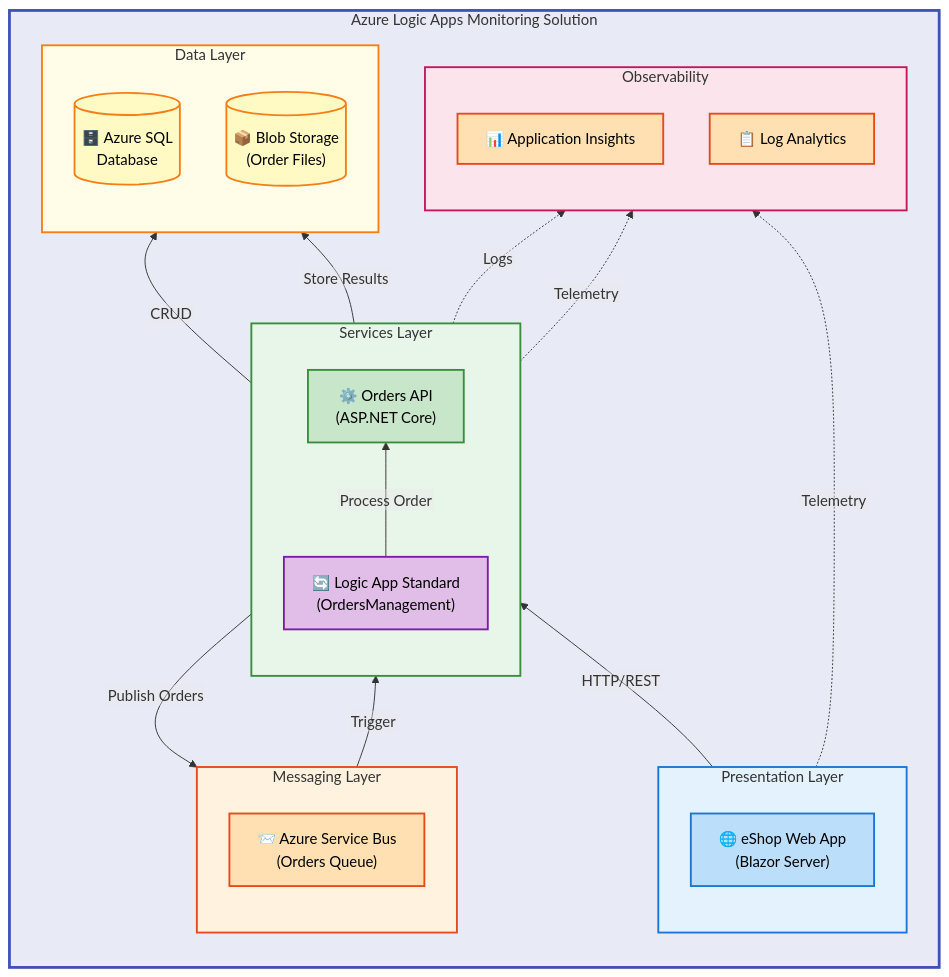
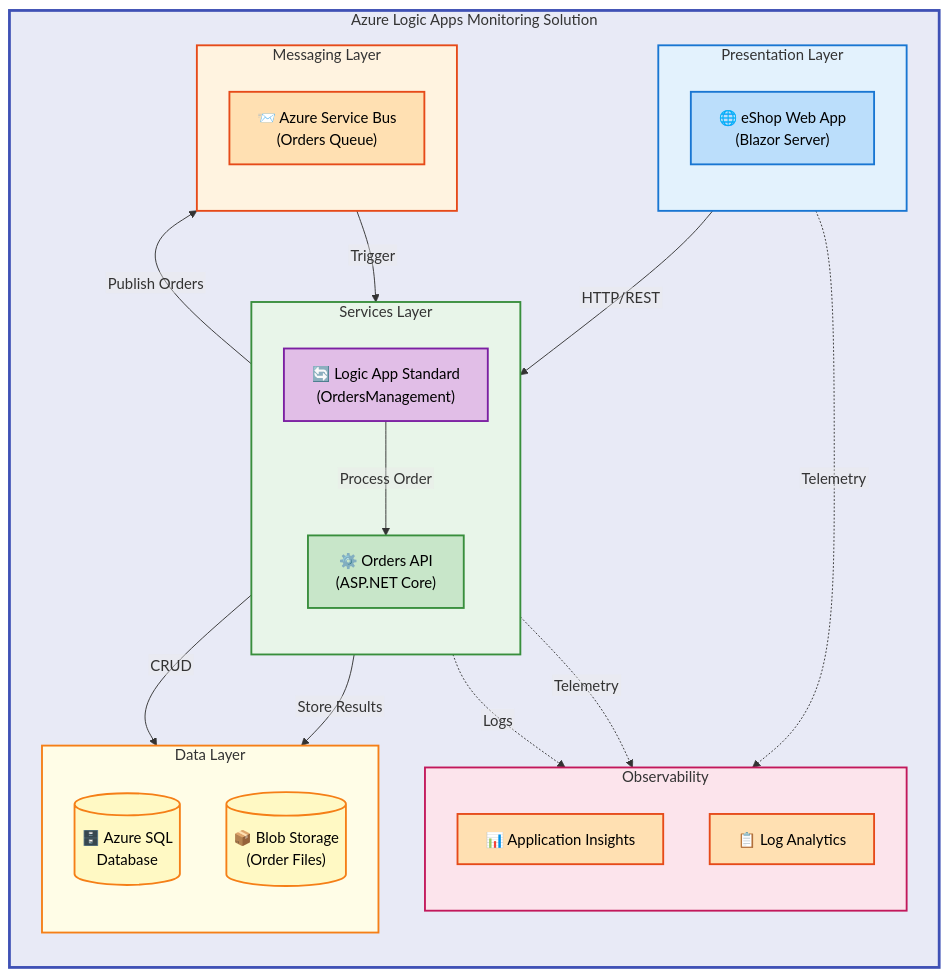
One commit to Evilazaro/Azure-LogicApps-Monitoring changed the diagram in README.md. Above: the diagram before and after it, drawn with Mermaid.

Commit message:
Refactor README.md: change flowchart direction from bottom-top to top-bottom for consistency

````diff
--- a/README.md
+++ b/README.md
@@ -38,58 +38,62 @@
 ```mermaid
 %%{init: {"flowchart": {"htmlLabels": false}} }%%
 flowchart TD
     classDef mdBlue fill:#BBDEFB,stroke:#1976D2,stroke-width:2px,color:#000
     classDef mdGreen fill:#C8E6C9,stroke:#388E3C,stroke-width:2px,color:#000
     classDef mdOrange fill:#FFE0B2,stroke:#E64A19,stroke-width:2px,color:#000
     classDef mdPurple fill:#E1BEE7,stroke:#7B1FA2,stroke-width:2px,color:#000
     classDef mdYellow fill:#FFF9C4,stroke:#F57F17,stroke-width:2px,color:#000
 
     subgraph system["Azure Logic Apps Monitoring Solution"]
-        direction BT
+        direction TB
         subgraph presentation["Presentation Layer"]
-            direction BT
+            direction TB
             webApp["🌐 eShop Web App<br/>(Blazor Server)"]:::mdBlue
+            direction TB
         end
 
         subgraph services["Services Layer"]
-            direction BT
+            direction TB
             ordersApi["⚙️ Orders API<br/>(ASP.NET Core)"]:::mdGreen
+            direction TB
             logicApp["🔄 Logic App Standard<br/>(OrdersManagement)"]:::mdPurple
         end
 
         subgraph messaging["Messaging Layer"]
-            direction BT
+            direction TB
             serviceBus["📨 Azure Service Bus<br/>(Orders Queue)"]:::mdOrange
         end
 
         subgraph data["Data Layer"]
-            direction BT
+            direction TB
             sqlDb[("🗄️ Azure SQL<br/>Database")]:::mdYellow
+            direction TB
             blobStorage[("📦 Blob Storage<br/>(Order Files)")]:::mdYellow
         end
 
         subgraph observability["Observability"]
-            direction BT
+            direction TB
             appInsights["📊 Application Insights"]:::mdOrange
+            direction TB
             logAnalytics["📋 Log Analytics"]:::mdOrange
         end
 
         webApp -->|"HTTP/REST"| ordersApi
         ordersApi -->|"Publish Orders"| serviceBus
         serviceBus -->|"Trigger"| logicApp
         logicApp -->|"Process Order"| ordersApi
         logicApp -->|"Store Results"| blobStorage
         ordersApi -->|"CRUD"| sqlDb
 
         webApp -.->|"Telemetry"| appInsights
         ordersApi -.->|"Telemetry"| appInsights
         logicApp -.->|"Logs"| logAnalytics
     end
 
     style system fill:#E8EAF6,stroke:#3F51B5,stroke-width:3px
     style presentation fill:#E3F2FD,stroke:#1976D2,stroke-width:2px
     style services fill:#E8F5E9,stroke:#388E3C,stroke-width:2px
     style messaging fill:#FFF3E0,stroke:#E64A19,stroke-width:2px
     style data fill:#FFFDE7,stroke:#F57F17,stroke-width:2px
     style observability fill:#FCE4EC,stroke:#C2185B,stroke-width:2px
 ```
````
